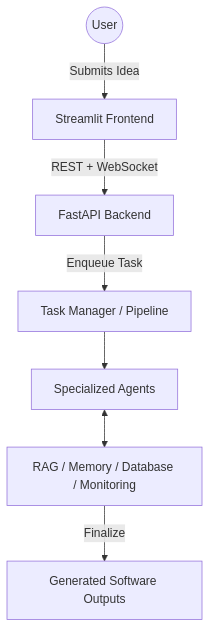
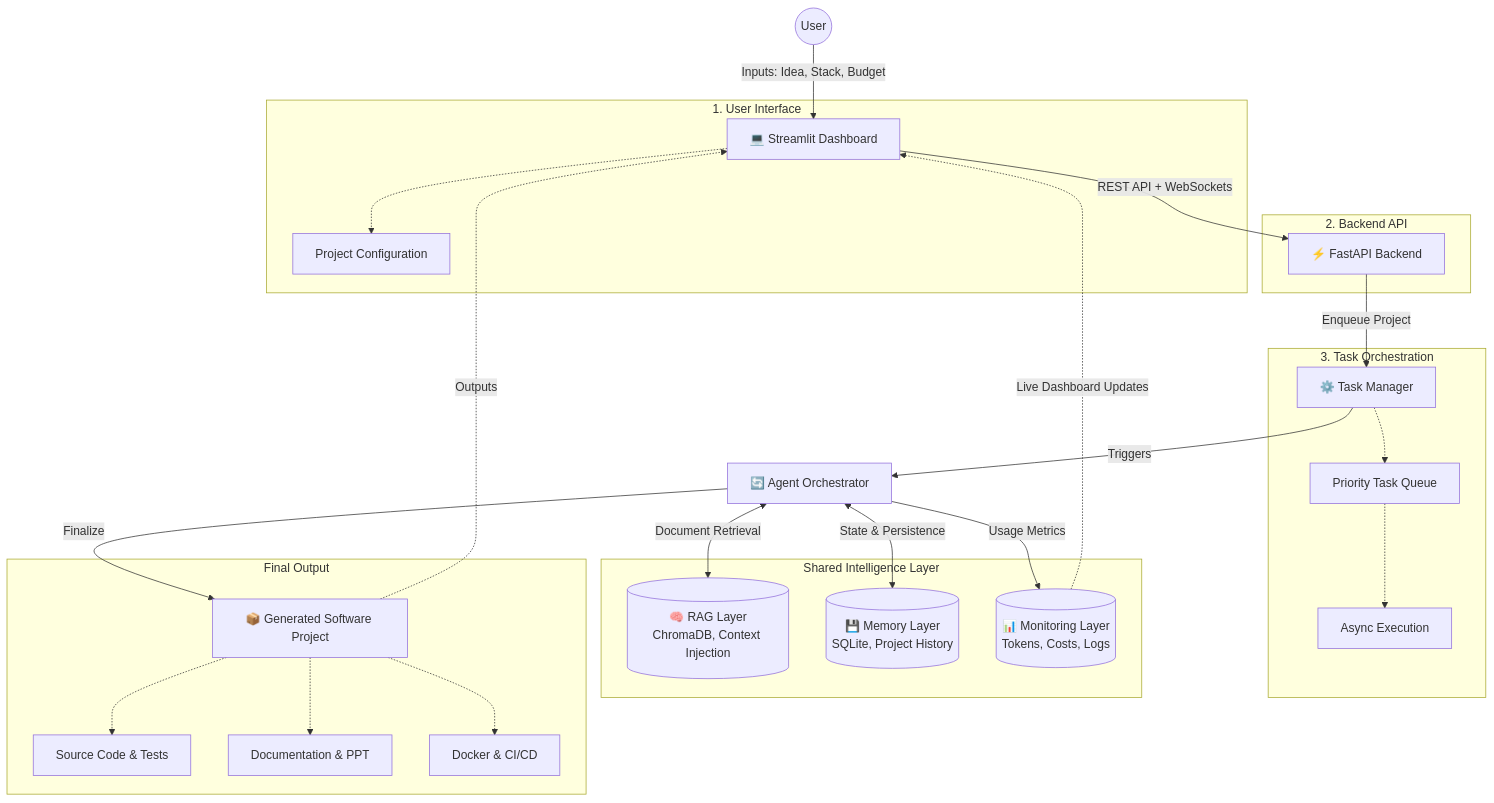
One commit to Abilash77/agentforge-agentic-ai changed the first of 2 diagrams in README.md. Above: the diagram before and after it, drawn with Mermaid. The commit also changed other lines of this file, not shown here.

Commit message:
Improve AgentForge architecture diagrams

````diff
--- a/README.md
+++ b/README.md
@@ -35,13 +37,54 @@
 ```mermaid
 graph TD
-    User((User)) -->|Submits Idea| UI[Streamlit Frontend]
-    UI -->|REST + WebSocket| API[FastAPI Backend]
+    %% User Interaction
+    User((User)) -->|Inputs: Idea, Stack, Budget| UI
+
+    subgraph "1. User Interface"
+        UI[💻 Streamlit Dashboard]
+        UI -.-> Config[Project Configuration]
+    end
+
+    %% Backend & API
+    UI -->|REST API + WebSockets| API
+
+    subgraph "2. Backend API"
+        API[⚡ FastAPI Backend]
+    end
+
+    %% Task Orchestration
+    API -->|Enqueue Project| TM
+
+    subgraph "3. Task Orchestration"
+        TM[⚙️ Task Manager]
+        TM -.-> Queue[Priority Task Queue]
+        Queue -.-> Async[Async Execution]
+    end
+
+    %% Agent Pipeline
+    TM -->|Triggers| Pipeline[🔄 Agent Orchestrator]
+
+    %% Shared Intelligence Layer
+    subgraph "Shared Intelligence Layer"
+        RAG[(🧠 RAG Layer<br>ChromaDB, Context Injection)]
+        Mem[(💾 Memory Layer<br>SQLite, Project History)]
+        Mon[(📊 Monitoring Layer<br>Tokens, Costs, Logs)]
+    end
+
+    Pipeline <-->|Document Retrieval| RAG
+    Pipeline <-->|State & Persistence| Mem
+    Pipeline -->|Usage Metrics| Mon
     
-    API -->|Enqueue Task| TM[Task Manager / Pipeline]
-    
-    TM --> Agents[Specialized Agents]
-    
-    Agents <--> State[RAG / Memory / Database / Monitoring]
-    
-    State -->|Finalize| ZIP[Generated Software Outputs]
+    %% Final Output
+    Pipeline -->|Finalize| GenCode
+
+    subgraph "Final Output"
+        GenCode[📦 Generated Software Project]
+        GenCode -.-> Src[Source Code & Tests]
+        GenCode -.-> Docs[Documentation & PPT]
+        GenCode -.-> Deploy[Docker & CI/CD]
+    end
+
+    %% Feedback loop
+    GenCode -.->|Outputs| UI
+    Mon -.->|Live Dashboard Updates| UI
 ```
````
